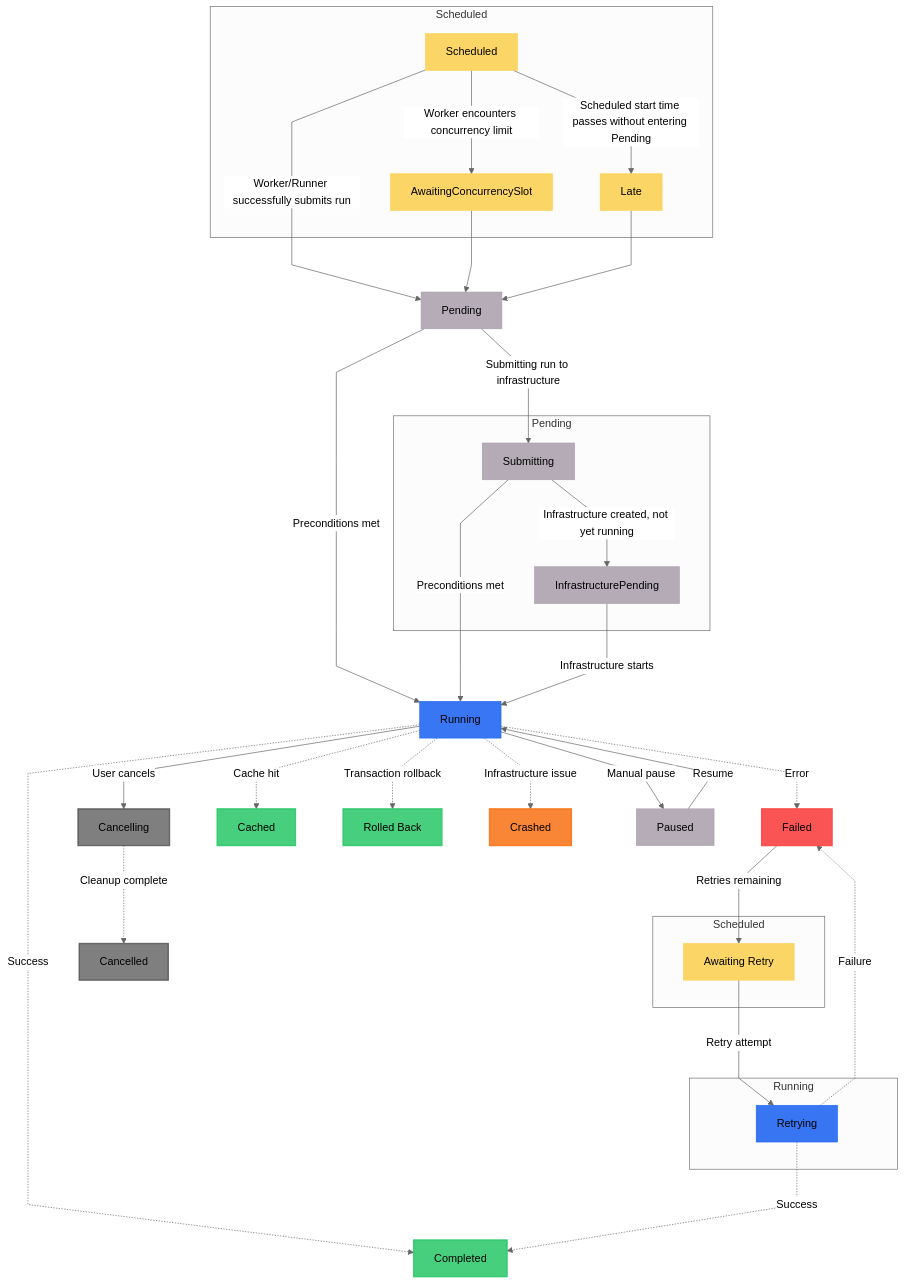
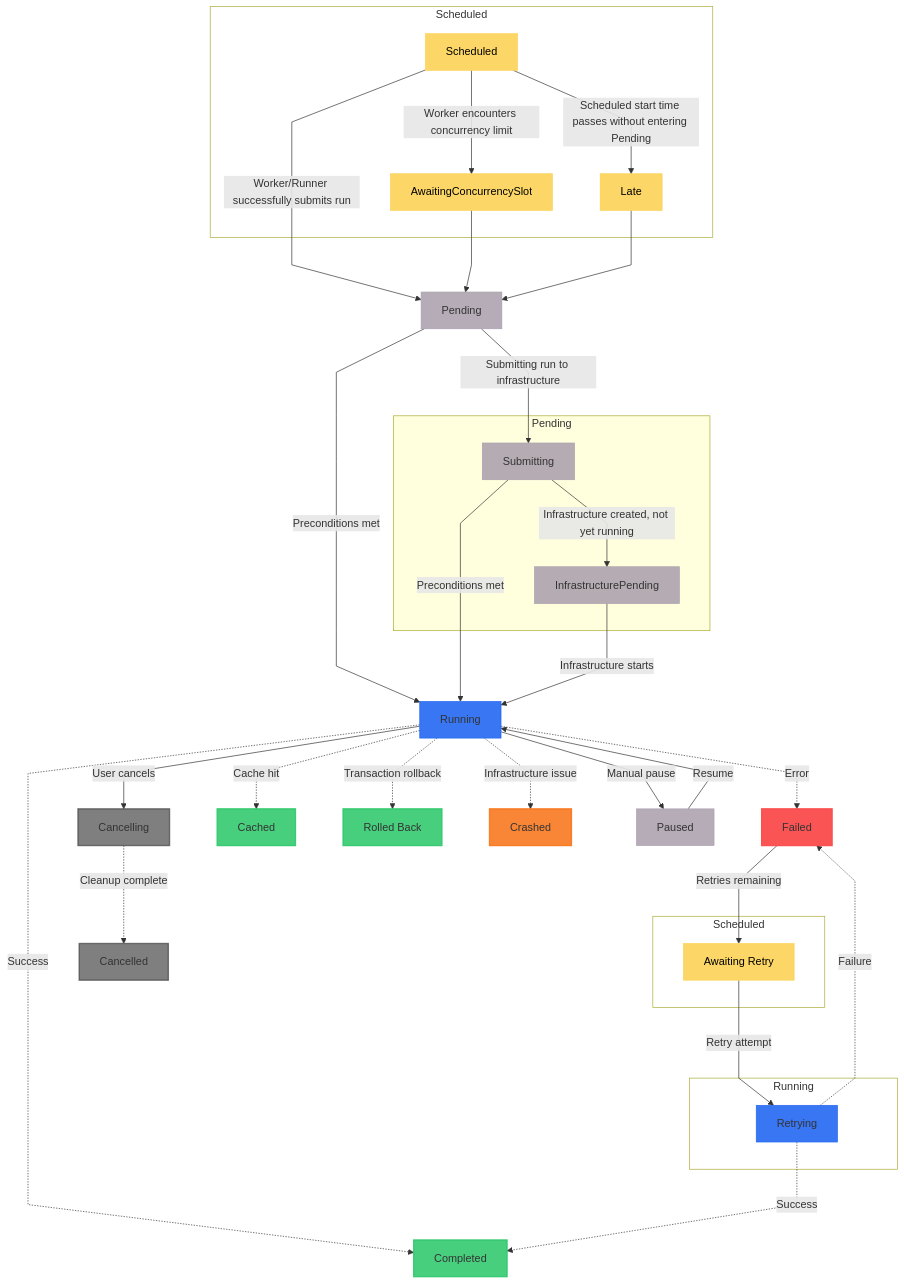
The diagram in docs/v3/concepts/states.mdx (PrefectHQ/prefect), drawn with Mermaid before and after one commit.

Commit message:
fix text not visible in image (#22661)

````diff
--- a/docs/v3/concepts/states.mdx
+++ b/docs/v3/concepts/states.mdx
@@ -92,7 +92,6 @@
 ```mermaid
 %%{
   init: {
-    'theme': 'neutral',
     'flowchart': {
       'curve' : 'linear',
       'rankSpacing': 80,
@@ -104,7 +103,7 @@
 
 flowchart TD
     %% Style definitions
-    classDef scheduled fill:#fcd14edb,stroke:#fcd14edb
+    classDef scheduled fill:#fcd14edb,stroke:#fcd14edb,color:#000
     classDef pending fill:#A99FADdb,stroke:#A99FAD
     classDef running fill:#1860f2db,stroke:#1860f2db
     classDef paused fill:#a99faddb,stroke:#a99faddb
@@ -153,6 +152,10 @@
 
     Completed[Completed]:::completed
 
+    style scheduled_type fill:none
+    style scheduled_type2 fill:none
+    style running_type fill:none
+
     %% Connections
     Scheduled --> |Scheduled start time passes without entering Pending| Late
     Scheduled --> |Worker/Runner successfully submits run| Pending
````
